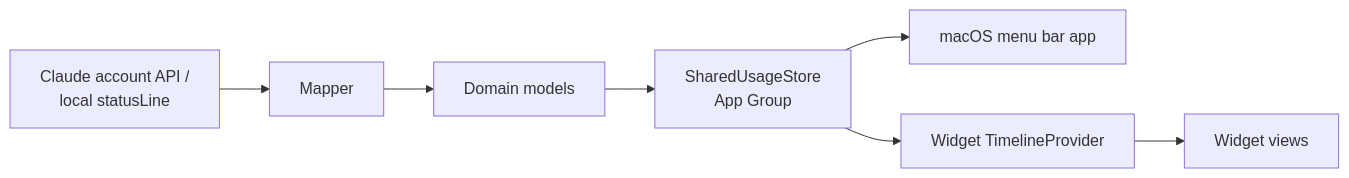
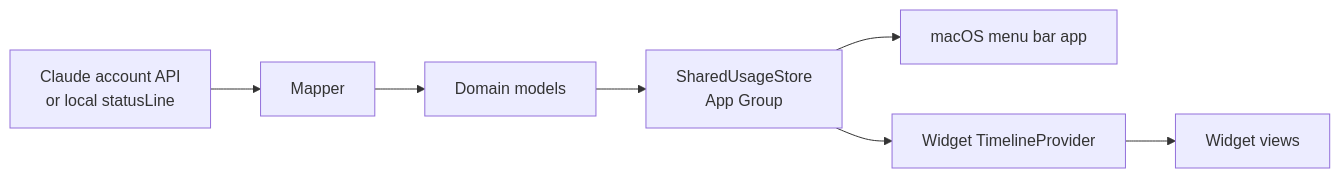
One commit to semellicodes/ClaudeUsage changed the diagram in README.md. Above: the diagram before and after it, drawn with Mermaid. The commit also changed other lines of this file and 3 other files, not shown here.

````diff
--- a/README.md
+++ b/README.md
@@ -92,9 +90,9 @@
 ```mermaid
 flowchart LR
-    A[Claude account API /\nlocal statusLine] --> B[Mapper]
-    B --> C[Domain models]
-    C --> D[SharedUsageStore\nApp Group]
-    D --> E[macOS menu bar app]
-    D --> F[Widget TimelineProvider]
-    F --> G[Widget views]
+    A["Claude account API<br/>or local statusLine"] --> B["Mapper"]
+    B --> C["Domain models"]
+    C --> D["SharedUsageStore<br/>App Group"]
+    D --> E["macOS menu bar app"]
+    D --> F["Widget TimelineProvider"]
+    F --> G["Widget views"]
 ```
````
